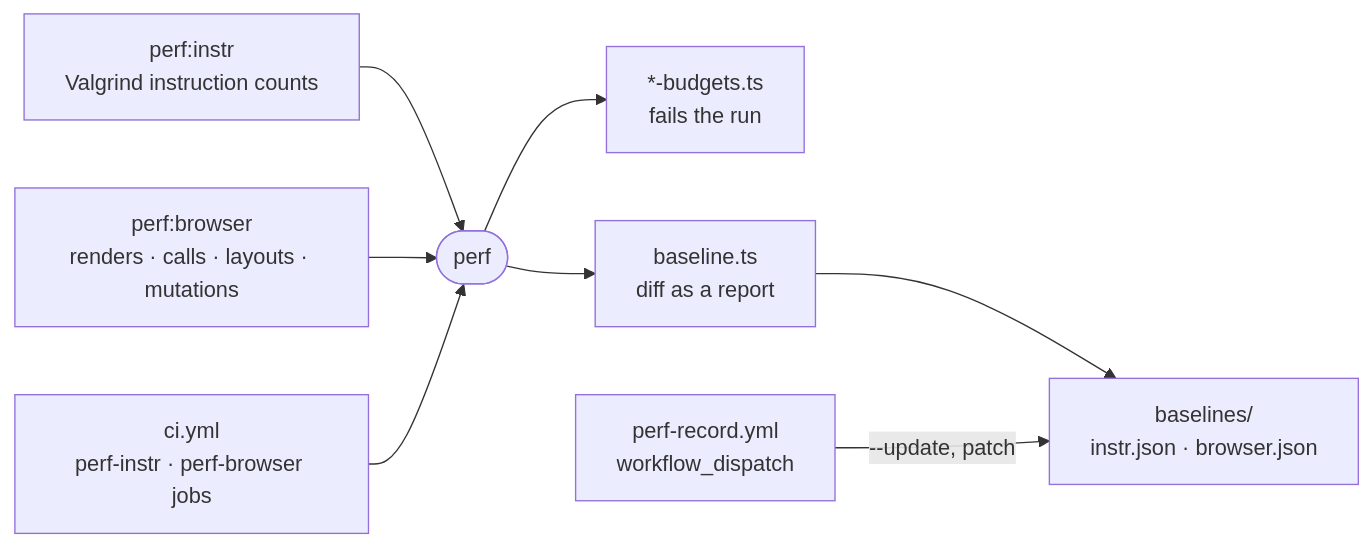
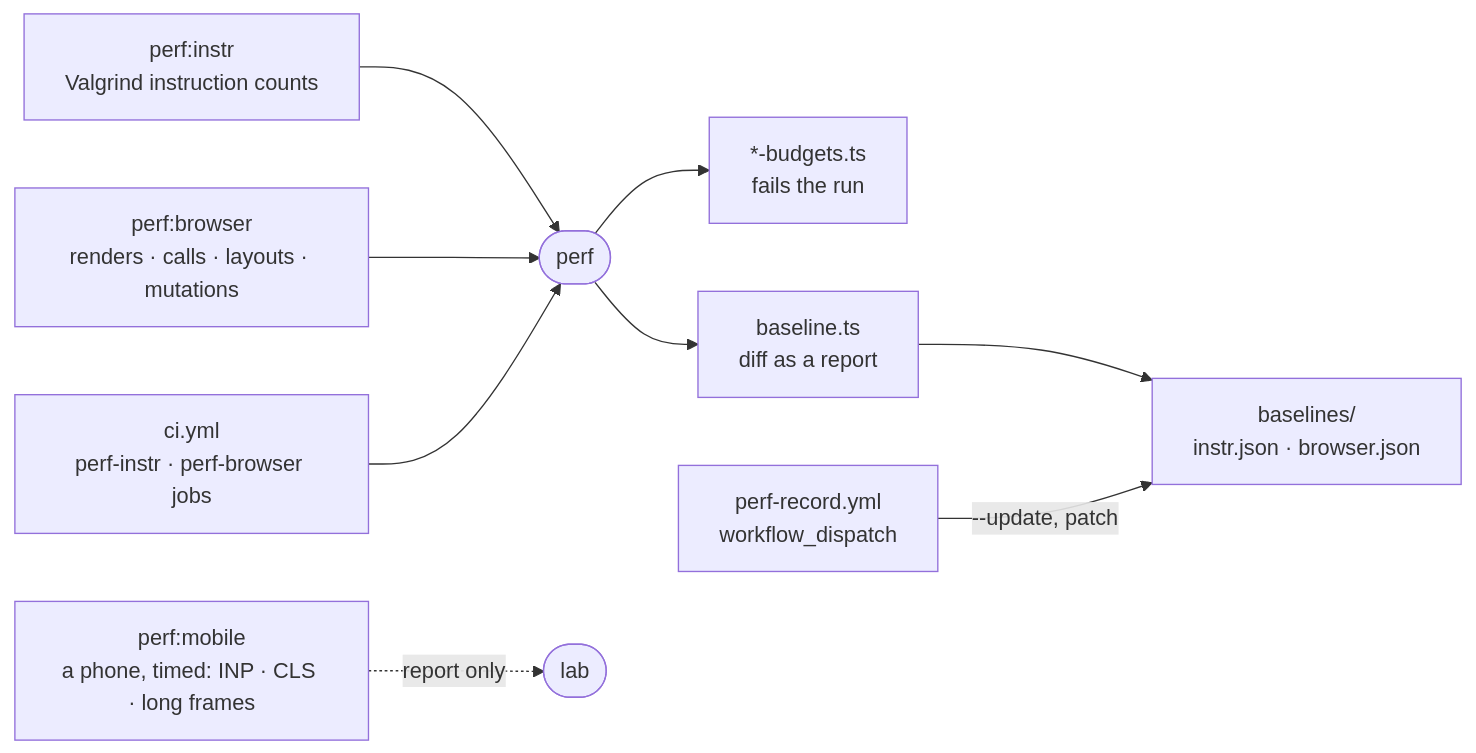
The diagram in _tools/perf/README.md (intentic/intentic), drawn with Mermaid before and after one commit. The commit also changed other lines of this file and 107 other files, not shown here.

First line of the commit message:
perf(mobile): keep chat responsive with worker highlighting and idle rendering

````diff
--- a/_tools/perf/README.md
+++ b/_tools/perf/README.md
@@ -5,10 +5,11 @@
 ```mermaid
 flowchart LR
     instr["perf:instr<br/>Valgrind instruction counts"] --> perf(["perf"])
     browser["perf:browser<br/>renders · calls · layouts · mutations"] --> perf
+    mobile["perf:mobile<br/>a phone, timed: INP · CLS · long frames"] -.->|"report only"| lab(["lab"])
     perf --> budgets["*-budgets.ts<br/>fails the run"]
     perf --> judge["baseline.ts<br/>diff as a report"]
     judge --> files["baselines/<br/>instr.json · browser.json"]
     ci["ci.yml<br/>perf-instr · perf-browser jobs"] --> perf
     record["perf-record.yml<br/>workflow_dispatch"] -->|"--update, patch"| files
 ```
````
